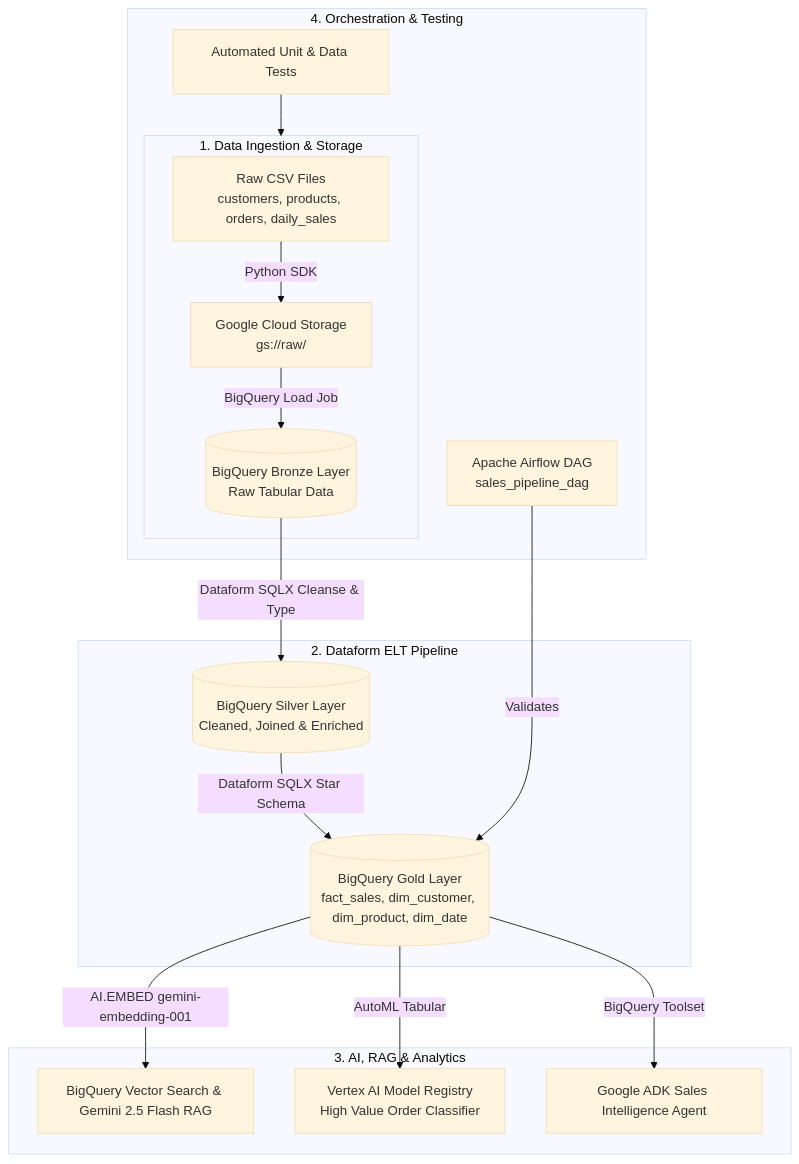
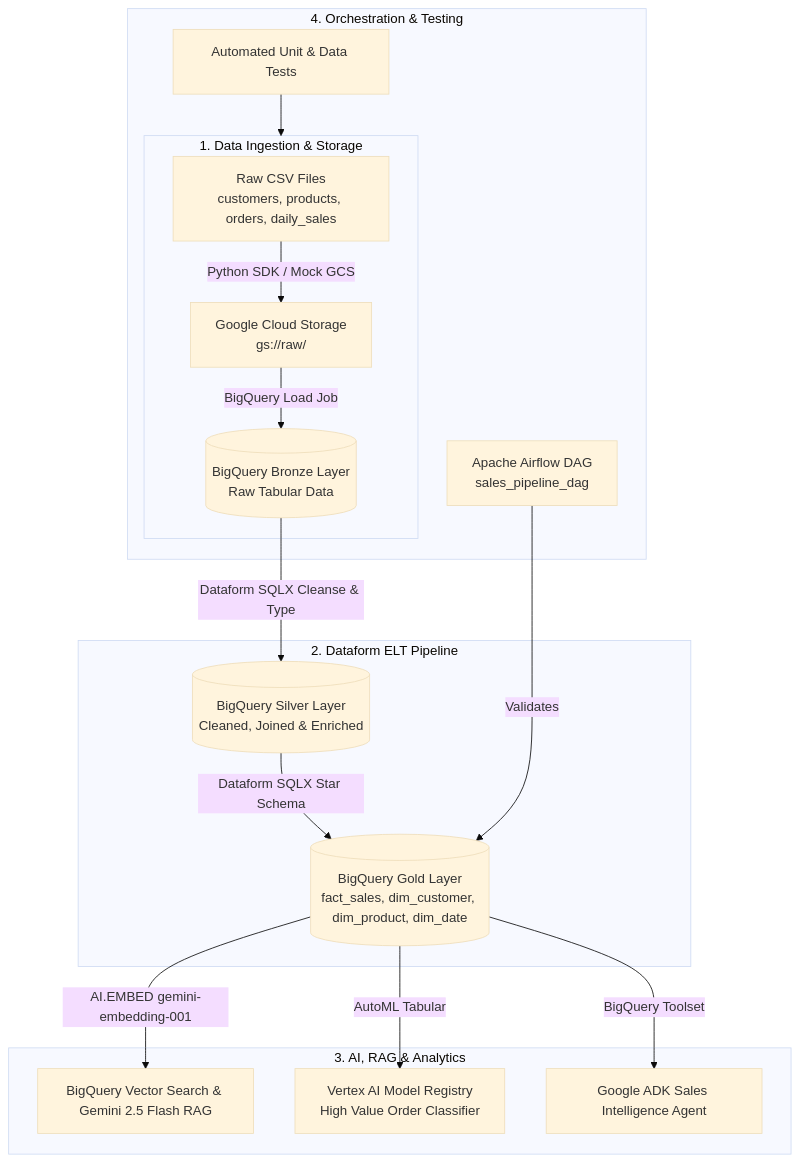
Before and after one commit to surya241022/mock_hackathon_1: the diagram in README.md, drawn with Mermaid (base theme). The commit also changed other lines of this file and 15 other files, not shown here.

````diff
--- a/README.md
+++ b/README.md
@@ -9,23 +14,23 @@
 ```mermaid
 flowchart TD
     subgraph Ingestion ["1. Data Ingestion & Storage"]
-        CSV[Raw CSV Files\ncustomers, products, orders, daily_sales] -->|Python SDK| GCS[Google Cloud Storage\ngs://raw/]
+        CSV[Raw CSV Files\ncustomers, products, orders, daily_sales] -->|Python SDK / Mock GCS| GCS[Google Cloud Storage\ngs://raw/]
         GCS -->|BigQuery Load Job| BQ_Bronze[(BigQuery Bronze Layer\nRaw Tabular Data)]
     end
 
     subgraph Transformation ["2. Dataform ELT Pipeline"]
         BQ_Bronze -->|Dataform SQLX Cleanse & Type| BQ_Silver[(BigQuery Silver Layer\nCleaned, Joined & Enriched)]
         BQ_Silver -->|Dataform SQLX Star Schema| BQ_Gold[(BigQuery Gold Layer\nfact_sales, dim_customer, dim_product, dim_date)]
     end
 
     subgraph Intelligence ["3. AI, RAG & Analytics"]
         BQ_Gold -->|AI.EMBED gemini-embedding-001| RAG[BigQuery Vector Search & Gemini 2.5 Flash RAG]
         BQ_Gold -->|AutoML Tabular| VertexML[Vertex AI Model Registry\nHigh Value Order Classifier]
         BQ_Gold -->|BigQuery Toolset| ADK[Google ADK Sales Intelligence Agent]
     end
 
     subgraph Orchestration ["4. Orchestration & Testing"]
         Airflow[Apache Airflow DAG\nsales_pipeline_dag] -->|Validates| BQ_Gold
         PyTest[Automated Unit & Data Tests] --> Ingestion
     end
 ```
````
